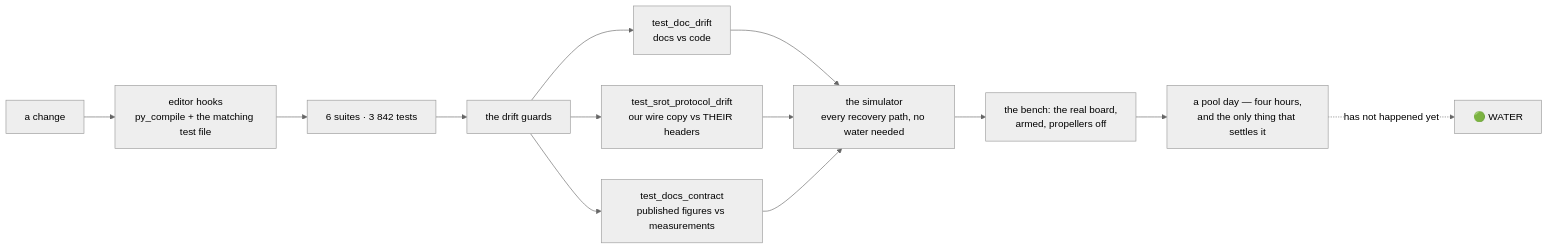
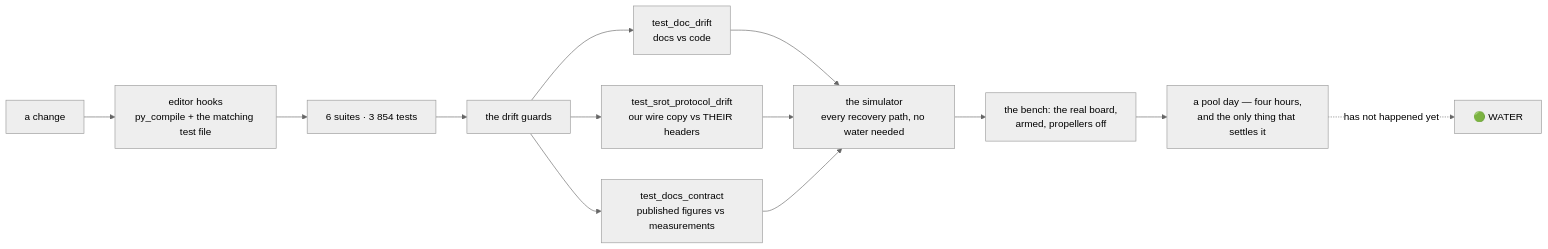
The ninth of 10 diagrams in README.md (fh1m/mongla_ws), drawn with Mermaid (neutral theme) before and after one commit. The commit also changed other lines of this file and 7 other files, not shown here.

````diff
--- a/README.md
+++ b/README.md
@@ -752,15 +752,15 @@
 ```mermaid
 flowchart LR
     DEV["a change"] --> HOOK["editor hooks<br/>py_compile + the matching test file"]
-    HOOK --> UNIT["6 suites · 3 842 tests"]
+    HOOK --> UNIT["6 suites · 3 854 tests"]
     UNIT --> GUARD["the drift guards"]
     GUARD --> G1["test_doc_drift<br/>docs vs code"]
     GUARD --> G2["test_srot_protocol_drift<br/>our wire copy vs THEIR headers"]
     GUARD --> G3["test_docs_contract<br/>published figures vs measurements"]
     G1 --> SIM["the simulator<br/>every recovery path, no water needed"]
     G2 --> SIM
     G3 --> SIM
     SIM --> BENCH["the bench: the real board,<br/>armed, propellers off"]
     BENCH --> POOL["a pool day — four hours,<br/>and the only thing that settles it"]
     POOL -.->|"has not happened yet"| WATER["🟢 WATER"]
 ```
````
